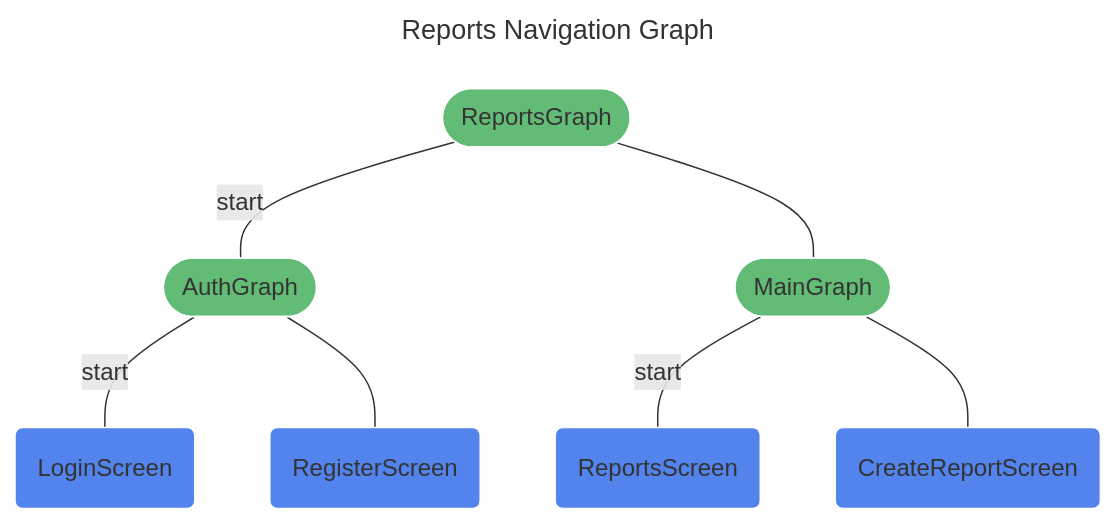
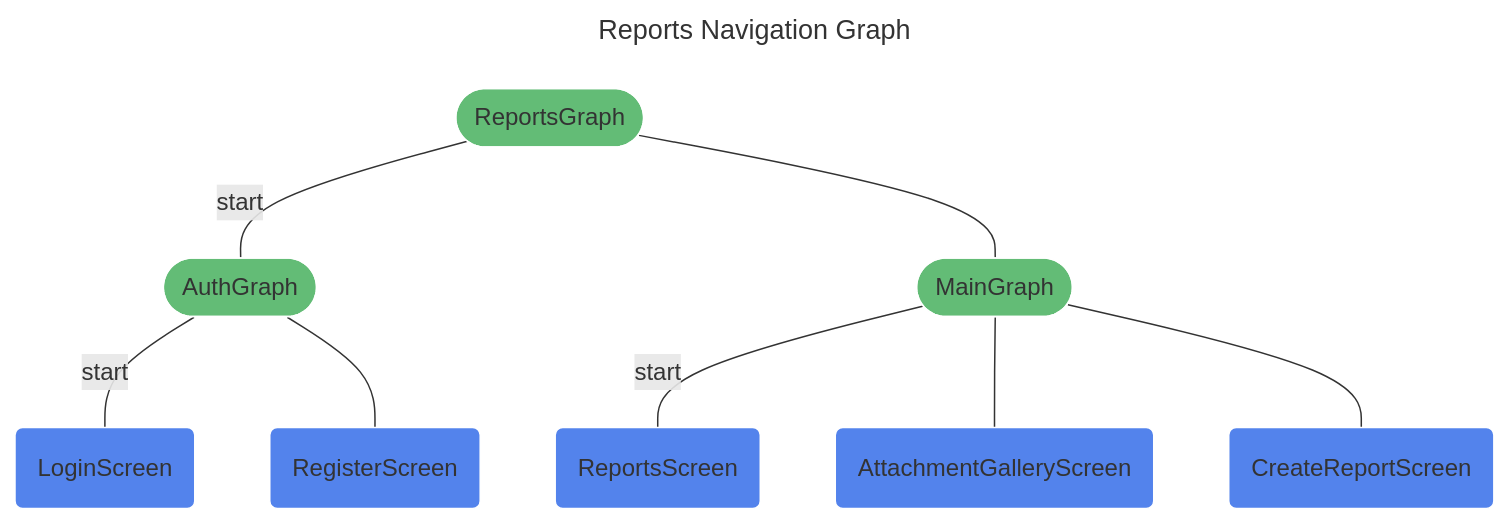
Before and after one commit to fmizielinski/ReportsAndroid: the diagram in docs/ReportsNavGraph.mmd, drawn with Mermaid. The commit also changed 32 other files, not shown here.

Commit message:
RA-31 Add AttachmentGalleryScreen

```diff
--- a/docs/ReportsNavGraph.mmd
+++ b/docs/ReportsNavGraph.mmd
@@ -1,17 +1,18 @@
 ---
 title: Reports Navigation Graph
 ---
 %%{init: {'theme':'base', 'themeVariables': { 'primaryTextColor': '#fff' }}%%
 graph TD
 reports(["ReportsGraph"]) -- "start" --- auth(["AuthGraph"])
 reports(["ReportsGraph"]) --- main(["MainGraph"])
 auth(["AuthGraph"]) -- "start" --- Login("LoginScreen")
 auth(["AuthGraph"]) --- Register("RegisterScreen")
 main(["MainGraph"]) -- "start" --- Reports("ReportsScreen")
+main(["MainGraph"]) --- AttachmentGallery("AttachmentGalleryScreen")
 main(["MainGraph"]) --- CreateReport("CreateReportScreen")
 
 
 classDef destination fill:#5383EC,stroke:#ffffff;
-class Login,Register,CreateReport,Reports destination;
+class Login,Register,AttachmentGallery,CreateReport,Reports destination;
 classDef navgraph fill:#63BC76,stroke:#ffffff;
 class auth,main,reports,auth,main navgraph;
```
